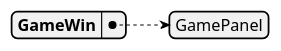
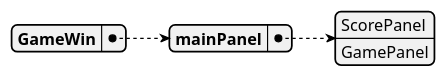
The diagram in docs/puml/gameUI.puml (ShaheerSharif/snake-game-4th-sem), drawn with PlantUML before and after one commit. The commit also changed 26 other files, not shown here.

```diff
--- a/docs/puml/gameUI.puml
+++ b/docs/puml/gameUI.puml
@@ -1,6 +1,8 @@
 @startyaml gameUI
 
     GameWin:
-        - GamePanel
+        mainPanel:
+            - ScorePanel
+            - GamePanel
 
 @endyaml
```
